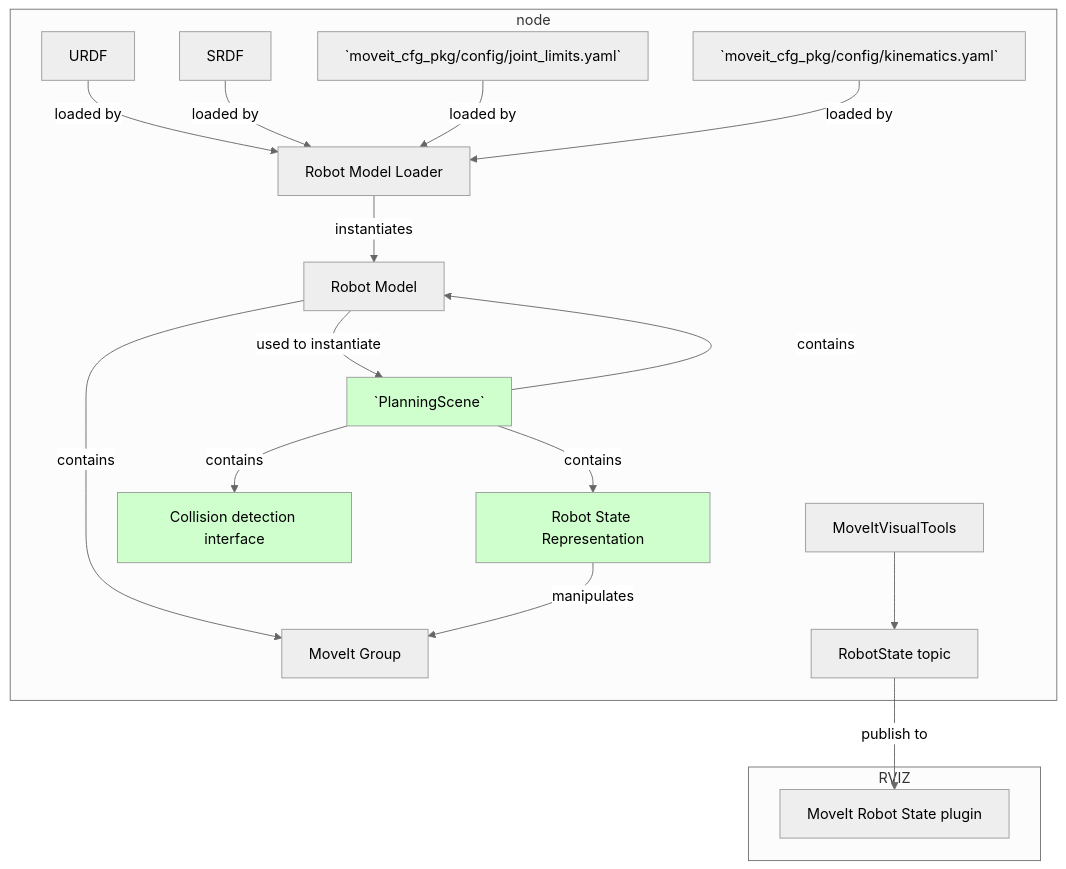
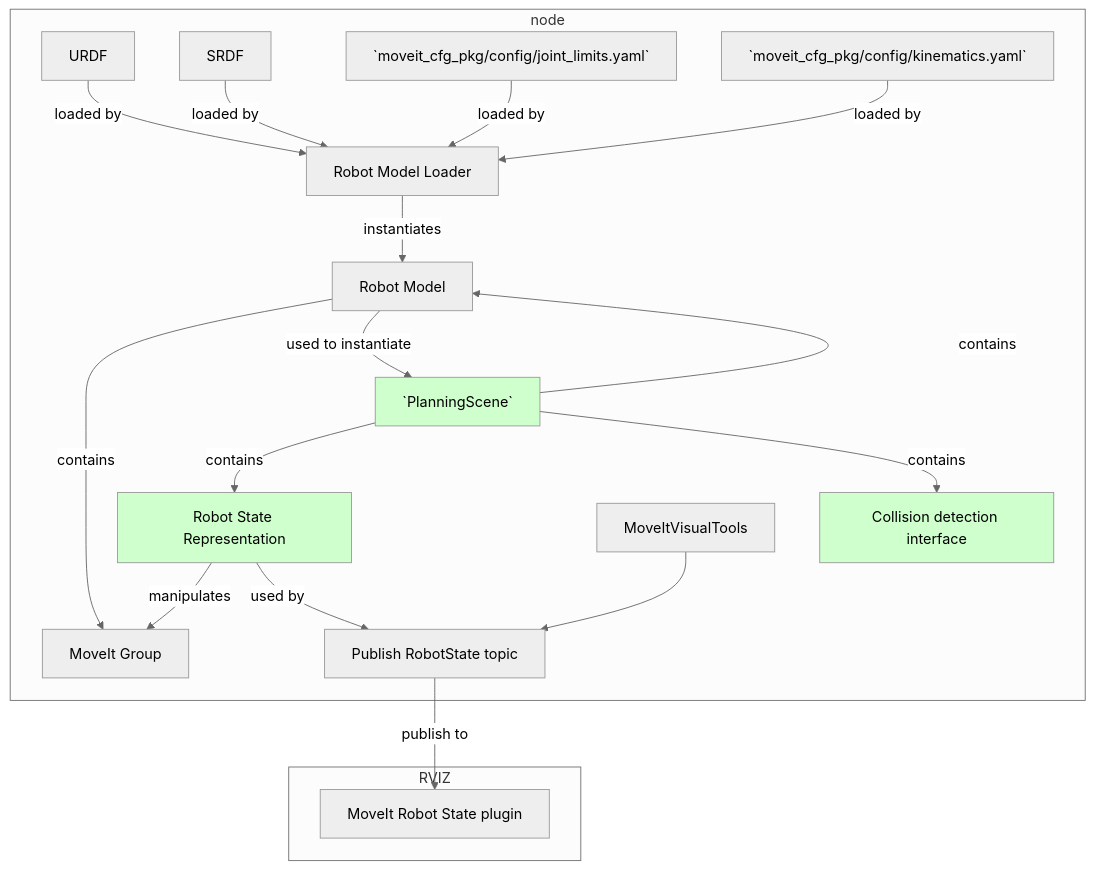
Before and after one commit to rafaelrojasmiliani/moveit_tutorial: the diagram in 05_moveit_visual_tools/src/a_show_robot_state/readme.md, drawn with Mermaid (neutral theme).

````diff
--- a/05_moveit_visual_tools/src/a_show_robot_state/readme.md
+++ b/05_moveit_visual_tools/src/a_show_robot_state/readme.md
@@ -88,24 +88,26 @@
 ```mermaid
 graph TD;
     subgraph node
         URDF -- loaded by --> RML[Robot Model Loader];
         SRDF -- loaded by --> RML;
         J[`moveit_cfg_pkg/config/joint_limits.yaml`] -- loaded by --> RML;
         K[`moveit_cfg_pkg/config/kinematics.yaml`] -- loaded by --> RML;
         RML -- instantiates --> RM[Robot Model];
         RM -- contains --> MG[MoveIt Group];
         PS[`PlanningScene`] -- contains --> RM;
         RM -- used to instantiate --> PS;
         PS -- contains --> RS[Robot State Representation];
         PS -- contains --> CD[Collision detection interface];
         RS -- manipulates --> MG;
         style PS fill:#CFFFCD;
         style RS fill:#CFFFCD;
         style CD fill:#CFFFCD;
-        MVS[MoveItVisualTools] --> RST[RobotState topic];
+        MVS[MoveItVisualTools] --> RST[Publish RobotState topic];
+        RS -- used by --> RST;
     end
     subgraph RVIZ
         MRSP[MoveIt Robot State plugin];
     end
     RST -- publish to --> MRSP;
+
 ```
````
